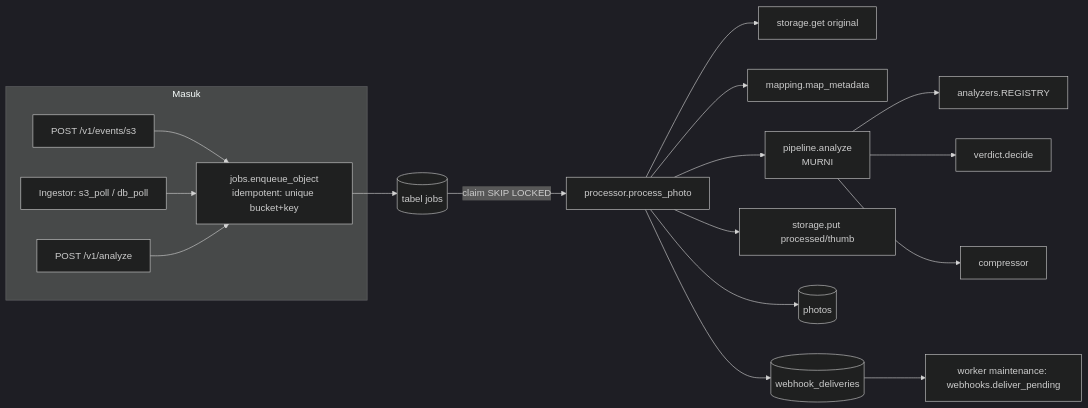
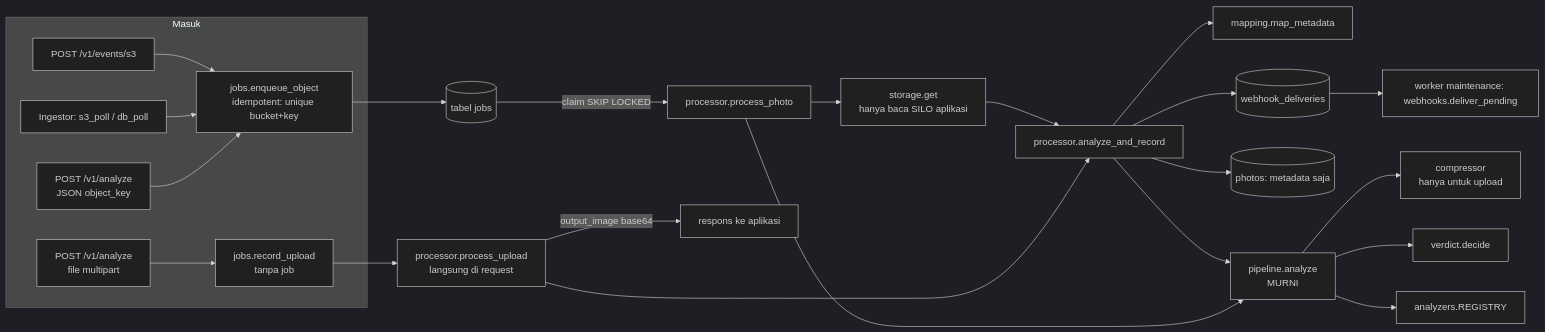
The diagram in docs/development.md (anas-fikri/ocr-engine), drawn with Mermaid (dark theme) before and after one commit. The commit also changed other lines of this file and 9 other files, not shown here.

````diff
--- a/docs/development.md
+++ b/docs/development.md
@@ -82,20 +82,24 @@
 ```mermaid
 flowchart LR
     subgraph Masuk
         EV[POST /v1/events/s3] --> ING
         POLL[Ingestor: s3_poll / db_poll] --> ING
-        API[POST /v1/analyze] --> ING
+        API[POST /v1/analyze<br/>JSON object_key] --> ING
+        UP[POST /v1/analyze<br/>file multipart] --> REC[jobs.record_upload<br/>tanpa job]
     end
     ING[jobs.enqueue_object<br/>idempotent: unique bucket+key] --> Q[(tabel jobs)]
     Q -->|claim SKIP LOCKED| P[processor.process_photo]
-    P --> S3R[storage.get original]
-    P --> MAP[mapping.map_metadata]
+    P --> S3R[storage.get<br/>hanya baca SILO aplikasi]
+    S3R --> AR[processor.analyze_and_record]
+    REC --> PU[processor.process_upload<br/>langsung di request] --> AR
+    AR --> MAP[mapping.map_metadata]
+    AR --> PIPE
     P --> PIPE[pipeline.analyze<br/>MURNI]
     PIPE --> AN[analyzers.REGISTRY]
     PIPE --> V[verdict.decide]
-    PIPE --> C[compressor]
-    P --> S3W[storage.put processed/thumb]
-    P --> DB[(photos)]
-    P --> WH[(webhook_deliveries)]
+    PIPE --> C[compressor<br/>hanya untuk upload]
+    PU -->|output_image base64| RESP[respons ke aplikasi]
+    AR --> DB[(photos: metadata saja)]
+    AR --> WH[(webhook_deliveries)]
     WH --> WK[worker maintenance: webhooks.deliver_pending]
 ```
````
